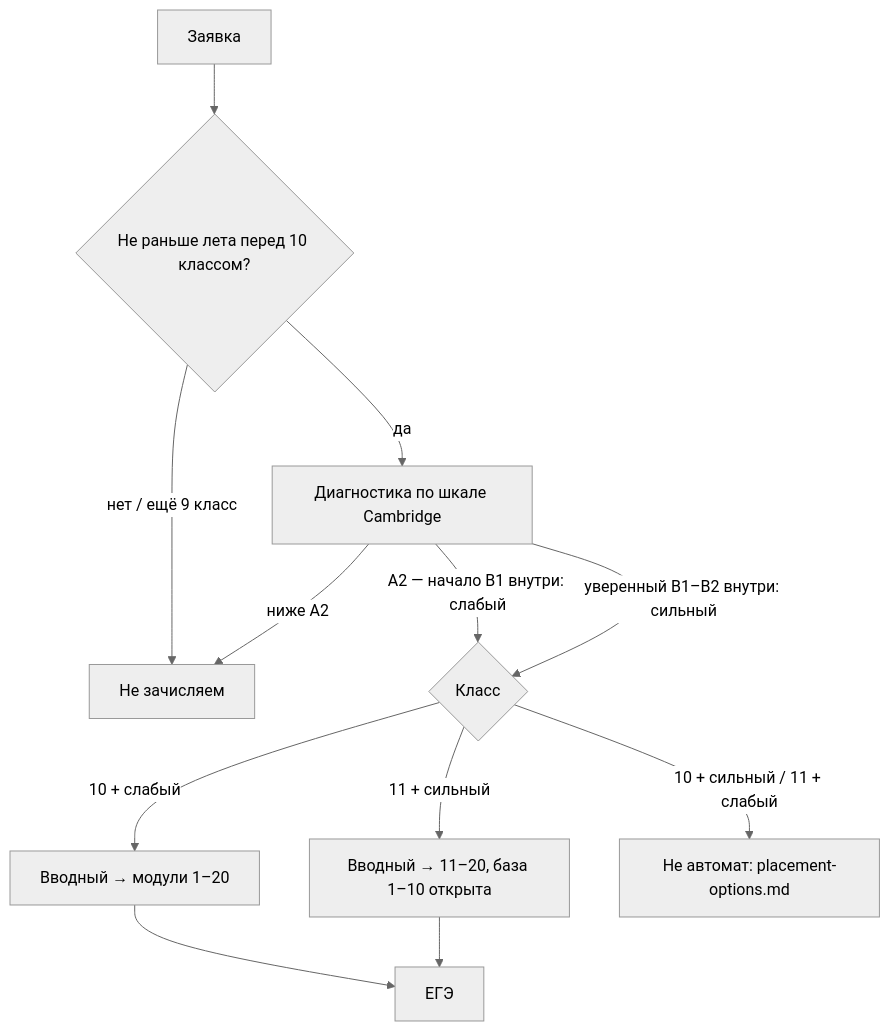
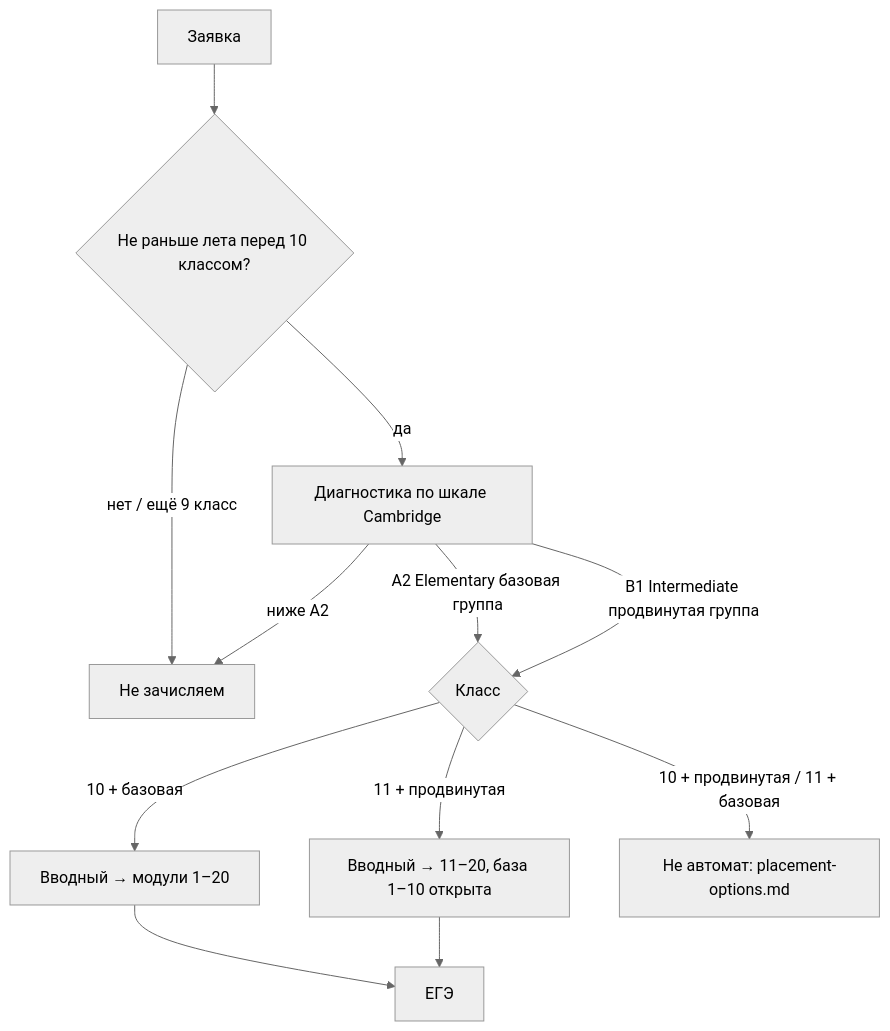
One commit to munlightshadow/music changed the diagram in ege-english-course/README.md. Above: the diagram before and after it, drawn with Mermaid (neutral theme). The commit also changed other lines of this file and 78 other files, not shown here.

````diff
--- a/ege-english-course/README.md
+++ b/ege-english-course/README.md
@@ -24,14 +24,14 @@
 ```mermaid
 flowchart TD
   R[Заявка] --> G{Не раньше лета перед 10 классом?}
   G -->|нет / ещё 9 класс| X[Не зачисляем]
   G -->|да| T[Диагностика по шкале Cambridge]
   T -->|ниже A2| X
-  T -->|A2 — начало B1 внутри: слабый| C{Класс}
-  T -->|уверенный B1–B2 внутри: сильный| C
-  C -->|10 + слабый| I[Вводный → модули 1–20]
-  C -->|11 + сильный| J[Вводный → 11–20, база 1–10 открыта]
-  C -->|10 + сильный / 11 + слабый| Q[Не автомат: placement-options.md]
+  T -->|A2 Elementary базовая группа| C{Класс}
+  T -->|B1 Intermediate продвинутая группа| C
+  C -->|10 + базовая| I[Вводный → модули 1–20]
+  C -->|11 + продвинутая| J[Вводный → 11–20, база 1–10 открыта]
+  C -->|10 + продвинутая / 11 + базовая| Q[Не автомат: placement-options.md]
   I --> F[ЕГЭ]
   J --> F
 ```
````
